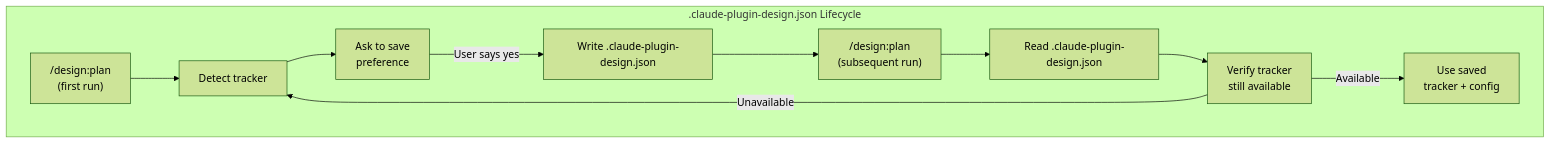
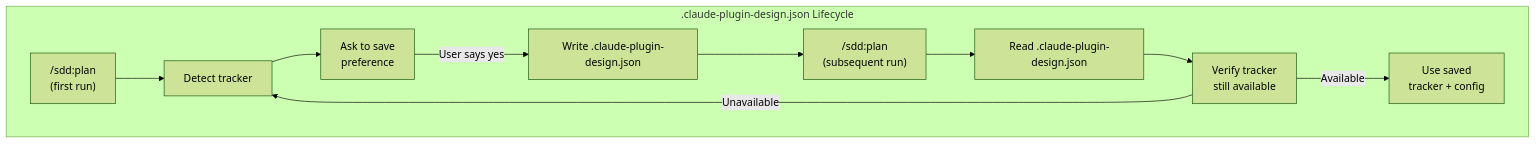
One commit to joestump/claude-plugin-design changed the third of 4 diagrams in docs/openspec/specs/sprint-planning/design.md. Above: the diagram before and after it, drawn with Mermaid (forest theme). The commit also changed other lines of this file and 106 other files, not shown here.

First line of the commit message:
Rename plugin: design → sdd (Spec-Driven Development) (#75)

````diff
--- a/docs/openspec/specs/sprint-planning/design.md
+++ b/docs/openspec/specs/sprint-planning/design.md
@@ -209,22 +209,22 @@
 ```mermaid
 flowchart TD
     subgraph ".claude-plugin-design.json Lifecycle"
-        first["/design:plan\n(first run)"]
+        first["/sdd:plan\n(first run)"]
         detect["Detect tracker"]
         ask["Ask to save\npreference"]
         write["Write .claude-plugin-design.json"]
-        second["/design:plan\n(subsequent run)"]
+        second["/sdd:plan\n(subsequent run)"]
         read_pref["Read .claude-plugin-design.json"]
         check["Verify tracker\nstill available"]
         use["Use saved\ntracker + config"]
     end
 
     first --> detect
     detect --> ask
     ask -->|"User says yes"| write
     write --> second
     second --> read_pref
     read_pref --> check
     check -->|"Available"| use
     check -->|"Unavailable"| detect
 ```
````
